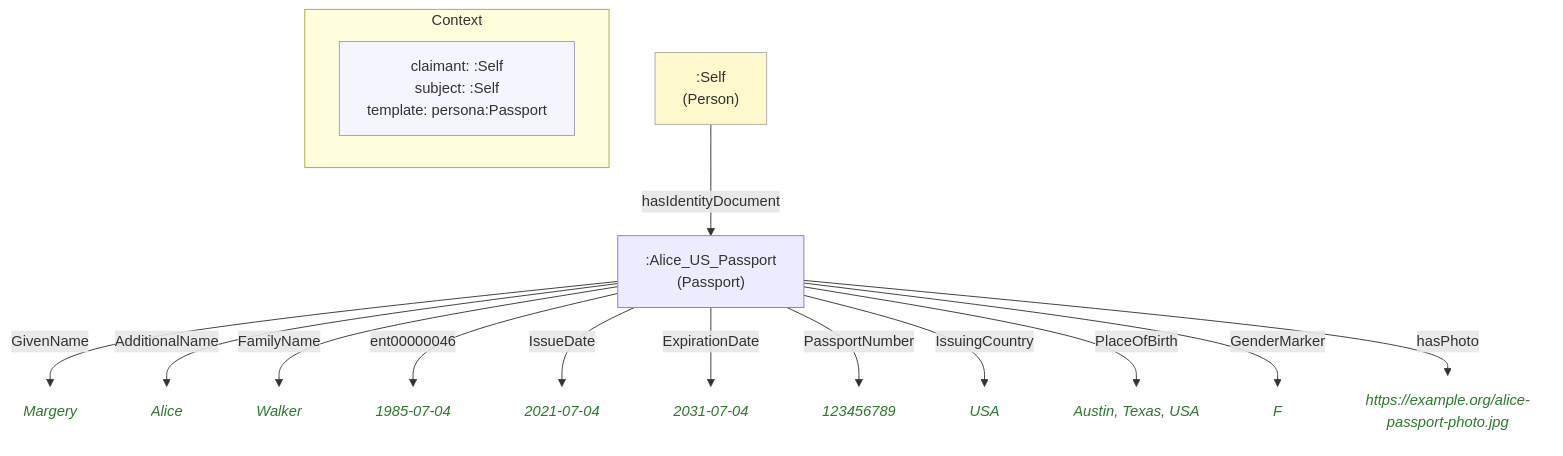
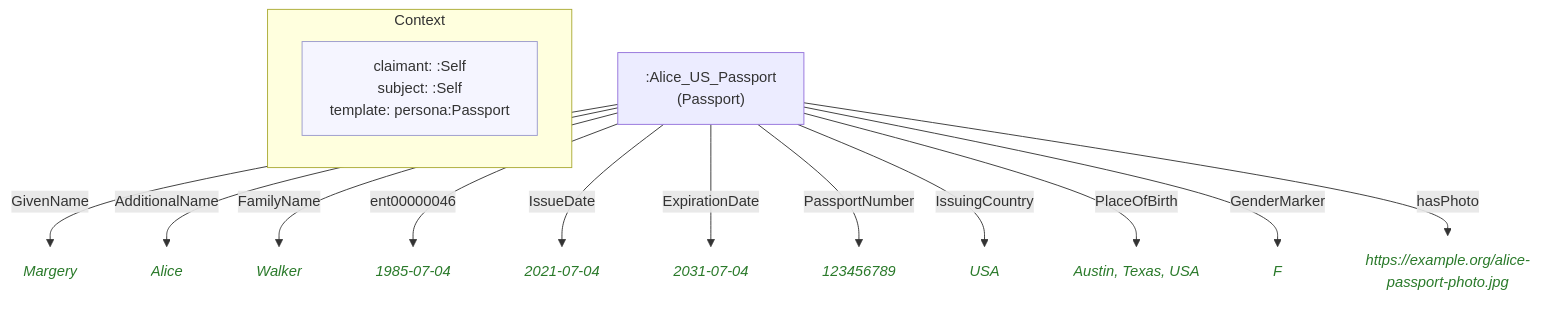
The diagram in example/contexts/images/self.self(passport)(federal)(19).mmd (MeeFoundation/mia-ontologies), drawn with Mermaid before and after one commit. The commit also changed 62 other files, not shown here.

First line of the commit message:
Remove dead PDN-identity plumbing; consolidate :Self's type into self.ttl

```diff
--- a/example/contexts/images/self.self(passport)(federal)(19).mmd
+++ b/example/contexts/images/self.self(passport)(federal)(19).mmd
@@ -1,38 +1,36 @@
 flowchart TD
     classDef person fill:#fffacd,stroke:#aaa,color:#333
     classDef grp    fill:#d4edda,stroke:#aaa,color:#333
     classDef org    fill:#cce5ff,stroke:#aaa,color:#333
     classDef lit    fill:none,stroke:none,font-style:italic,color:#2a7a2a
     classDef meta   fill:#f5f5ff,stroke:#9999cc,color:#333
 
     subgraph ctx["Context"]
         direction LR
         ctx_meta["claimant: :Self\nsubject: :Self\ntemplate: persona:Passport"]:::meta
     end
 
     n1e9b86ff4c78[":Alice_US_Passport\n(Passport)"]
-    n46bf651821af("Margery"):::lit
-    nbb23e36787fd("Alice"):::lit
-    n8eca084172b8("Walker"):::lit
-    n96e957897fcb("1985-07-04"):::lit
-    ne071967b7724("2021-07-04"):::lit
-    n6397a4cf89e7("2031-07-04"):::lit
-    na9b31eaccc0a("123456789"):::lit
-    n13038338462e("USA"):::lit
-    ncb1653c4c50a("Austin, Texas, USA"):::lit
-    n572169d1ace4("F"):::lit
+    n7d9788a7133d("Margery"):::lit
+    nb67a693e0c58("Alice"):::lit
+    n08624a1b1341("Walker"):::lit
+    n0564e21d3558("1985-07-04"):::lit
+    nb5d2db8f7e8d("2021-07-04"):::lit
+    n200771d6805a("2031-07-04"):::lit
+    n33947373a4e6("123456789"):::lit
+    na8f4fc6577aa("USA"):::lit
+    n1a36dc9757b6("Austin, Texas, USA"):::lit
+    nda6fd683f249("F"):::lit
     n0b3af7b5a715("https://example.org/alice-passport-photo.jpg"):::lit
-    ne0c3ba92f1db[":Self\n(Person)"]:::person
 
-    n1e9b86ff4c78 -->|"GivenName"| n46bf651821af
-    n1e9b86ff4c78 -->|"AdditionalName"| nbb23e36787fd
-    n1e9b86ff4c78 -->|"FamilyName"| n8eca084172b8
-    n1e9b86ff4c78 -->|"ent00000046"| n96e957897fcb
-    n1e9b86ff4c78 -->|"IssueDate"| ne071967b7724
-    n1e9b86ff4c78 -->|"ExpirationDate"| n6397a4cf89e7
-    n1e9b86ff4c78 -->|"PassportNumber"| na9b31eaccc0a
-    n1e9b86ff4c78 -->|"IssuingCountry"| n13038338462e
-    n1e9b86ff4c78 -->|"PlaceOfBirth"| ncb1653c4c50a
-    n1e9b86ff4c78 -->|"GenderMarker"| n572169d1ace4
+    n1e9b86ff4c78 -->|"GivenName"| n7d9788a7133d
+    n1e9b86ff4c78 -->|"AdditionalName"| nb67a693e0c58
+    n1e9b86ff4c78 -->|"FamilyName"| n08624a1b1341
+    n1e9b86ff4c78 -->|"ent00000046"| n0564e21d3558
+    n1e9b86ff4c78 -->|"IssueDate"| nb5d2db8f7e8d
+    n1e9b86ff4c78 -->|"ExpirationDate"| n200771d6805a
+    n1e9b86ff4c78 -->|"PassportNumber"| n33947373a4e6
+    n1e9b86ff4c78 -->|"IssuingCountry"| na8f4fc6577aa
+    n1e9b86ff4c78 -->|"PlaceOfBirth"| n1a36dc9757b6
+    n1e9b86ff4c78 -->|"GenderMarker"| nda6fd683f249
     n1e9b86ff4c78 -->|"hasPhoto"| n0b3af7b5a715
-    ne0c3ba92f1db -->|"hasIdentityDocument"| n1e9b86ff4c78
```
